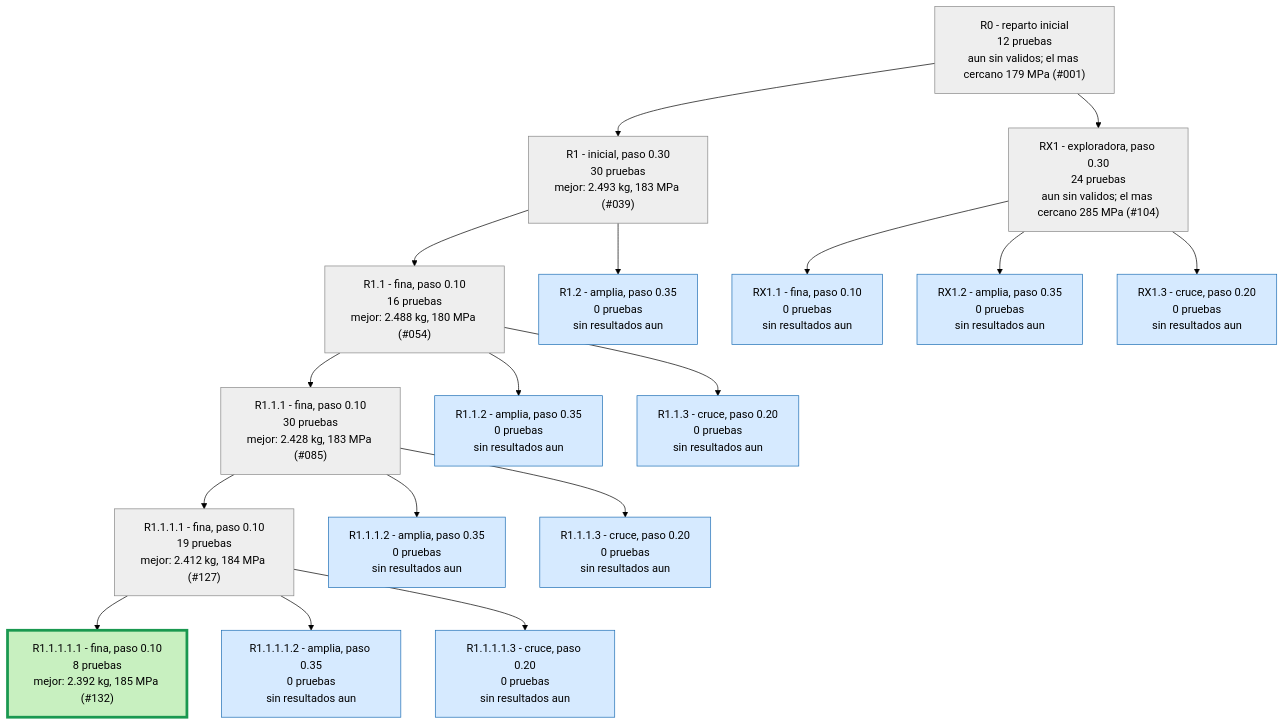
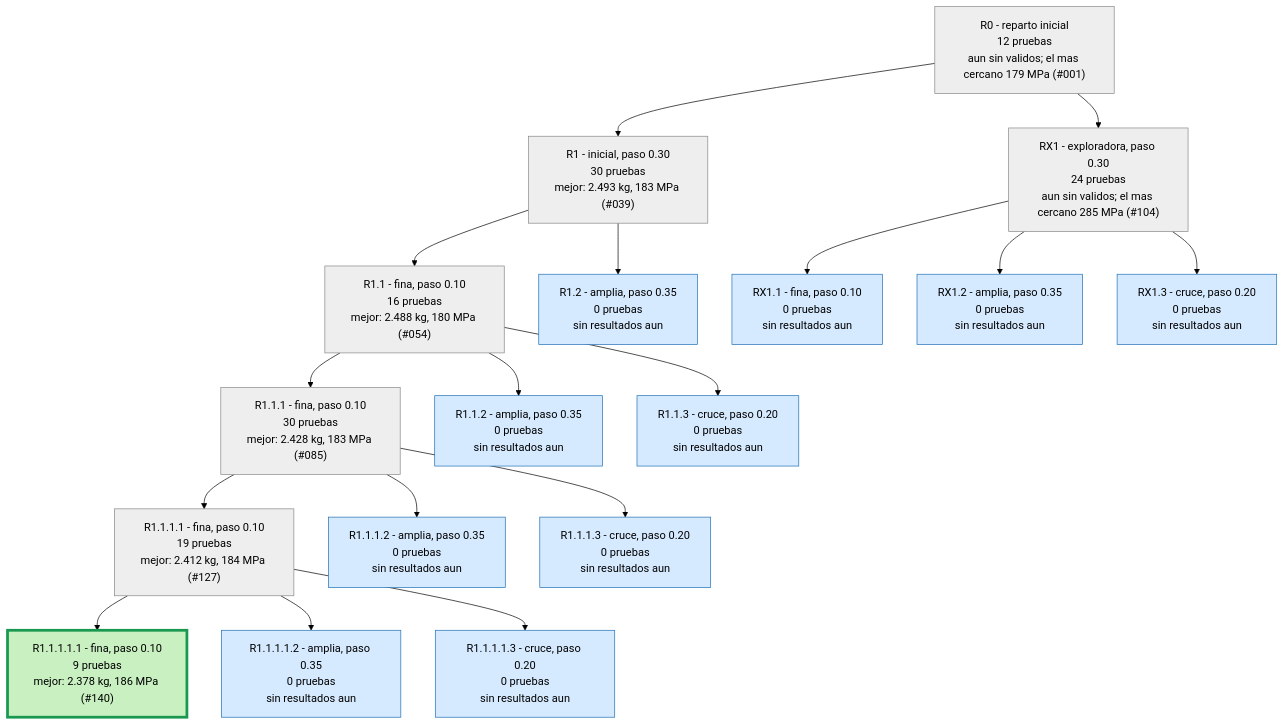
Before and after one commit to Hugiko/msd-soporte-optimizacion: the second of 3 diagrams in runs/opt_37800N/ARBOL.md, drawn with Mermaid (forest theme). The commit also changed 46 other files, not shown here.

Commit message:
NUEVO MEJOR DISENO: 2.378 kg, 186 MPa (Refuerzo + vaciado 140)

````diff
--- a/runs/opt_37800N/ARBOL.md
+++ b/runs/opt_37800N/ARBOL.md
@@ -29,39 +29,39 @@
 ```mermaid
 graph TD
 classDef activa fill:#d6eaff,stroke:#1f6fb5,color:#000
 classDef fin fill:#eeeeee,stroke:#888,color:#000
 classDef mejor fill:#c8f0c0,stroke:#1a9850,stroke-width:4px,color:#000
 R0["R0 - reparto inicial<br/>12 pruebas<br/>aun sin validos; el mas cercano 179 MPa (#001)"]:::fin
 R1["R1 - inicial, paso 0.30<br/>30 pruebas<br/>mejor: 2.493 kg, 183 MPa (#039)"]:::fin
 R0 --> R1
 R1_1["R1.1 - fina, paso 0.10<br/>16 pruebas<br/>mejor: 2.488 kg, 180 MPa (#054)"]:::fin
 R1 --> R1_1
 R1_2["R1.2 - amplia, paso 0.35<br/>0 pruebas<br/>sin resultados aun"]:::activa
 R1 --> R1_2
 R1_1_1["R1.1.1 - fina, paso 0.10<br/>30 pruebas<br/>mejor: 2.428 kg, 183 MPa (#085)"]:::fin
 R1_1 --> R1_1_1
 R1_1_2["R1.1.2 - amplia, paso 0.35<br/>0 pruebas<br/>sin resultados aun"]:::activa
 R1_1 --> R1_1_2
 R1_1_3["R1.1.3 - cruce, paso 0.20<br/>0 pruebas<br/>sin resultados aun"]:::activa
 R1_1 --> R1_1_3
 R1_1_1_1["R1.1.1.1 - fina, paso 0.10<br/>19 pruebas<br/>mejor: 2.412 kg, 184 MPa (#127)"]:::fin
 R1_1_1 --> R1_1_1_1
 R1_1_1_2["R1.1.1.2 - amplia, paso 0.35<br/>0 pruebas<br/>sin resultados aun"]:::activa
 R1_1_1 --> R1_1_1_2
 R1_1_1_3["R1.1.1.3 - cruce, paso 0.20<br/>0 pruebas<br/>sin resultados aun"]:::activa
 R1_1_1 --> R1_1_1_3
 RX1["RX1 - exploradora, paso 0.30<br/>24 pruebas<br/>aun sin validos; el mas cercano 285 MPa (#104)"]:::fin
 R0 --> RX1
 RX1_1["RX1.1 - fina, paso 0.10<br/>0 pruebas<br/>sin resultados aun"]:::activa
 RX1 --> RX1_1
 RX1_2["RX1.2 - amplia, paso 0.35<br/>0 pruebas<br/>sin resultados aun"]:::activa
 RX1 --> RX1_2
 RX1_3["RX1.3 - cruce, paso 0.20<br/>0 pruebas<br/>sin resultados aun"]:::activa
 RX1 --> RX1_3
-R1_1_1_1_1["R1.1.1.1.1 - fina, paso 0.10<br/>8 pruebas<br/>mejor: 2.392 kg, 185 MPa (#132)"]:::mejor
+R1_1_1_1_1["R1.1.1.1.1 - fina, paso 0.10<br/>9 pruebas<br/>mejor: 2.378 kg, 186 MPa (#140)"]:::mejor
 R1_1_1_1 --> R1_1_1_1_1
 R1_1_1_1_2["R1.1.1.1.2 - amplia, paso 0.35<br/>0 pruebas<br/>sin resultados aun"]:::activa
 R1_1_1_1 --> R1_1_1_1_2
 R1_1_1_1_3["R1.1.1.1.3 - cruce, paso 0.20<br/>0 pruebas<br/>sin resultados aun"]:::activa
 R1_1_1_1 --> R1_1_1_1_3
 ```
````
